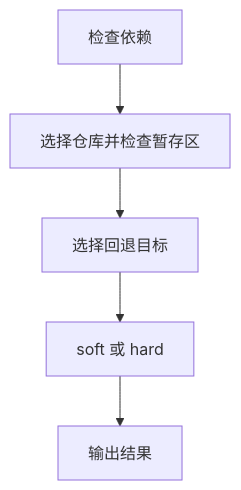
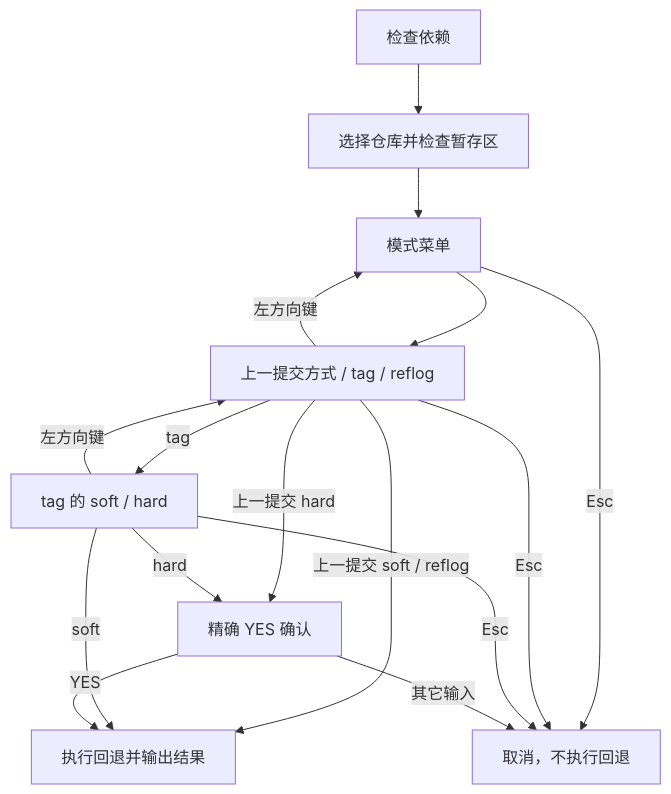
Before and after one commit to JobsKits/JobsCommand-Gits: the diagram in MacOS/【MacOS】♻️双击Git 提交回退.command/README.md, drawn with Mermaid. The commit also changed other lines of this file and 36 other files, not shown here.

````diff
--- a/MacOS/【MacOS】♻️双击Git 提交回退.command/README.md
+++ b/MacOS/【MacOS】♻️双击Git 提交回退.command/README.md
@@ -72,8 +74,18 @@
 ```mermaid
 flowchart TD
     N0["检查依赖"] --> N1
     N1["选择仓库并检查暂存区"] --> N2
-    N2["选择回退目标"] --> N3
-    N3["soft 或 hard"] --> N4
-    N4["输出结果"]
+    N2["模式菜单"] --> N3["上一提交方式 / tag / reflog"]
+    N3 -->|左方向键| N2
+    N3 -->|tag| N5["tag 的 soft / hard"]
+    N5 -->|左方向键| N3
+    N3 -->|上一提交 soft / reflog| N4["执行回退并输出结果"]
+    N3 -->|上一提交 hard| N6["精确 YES 确认"]
+    N5 -->|soft| N4
+    N5 -->|hard| N6
+    N6 -->|YES| N4
+    N2 -->|Esc| C["取消，不执行回退"]
+    N3 -->|Esc| C
+    N5 -->|Esc| C
+    N6 -->|其它输入| C
 ```
````
